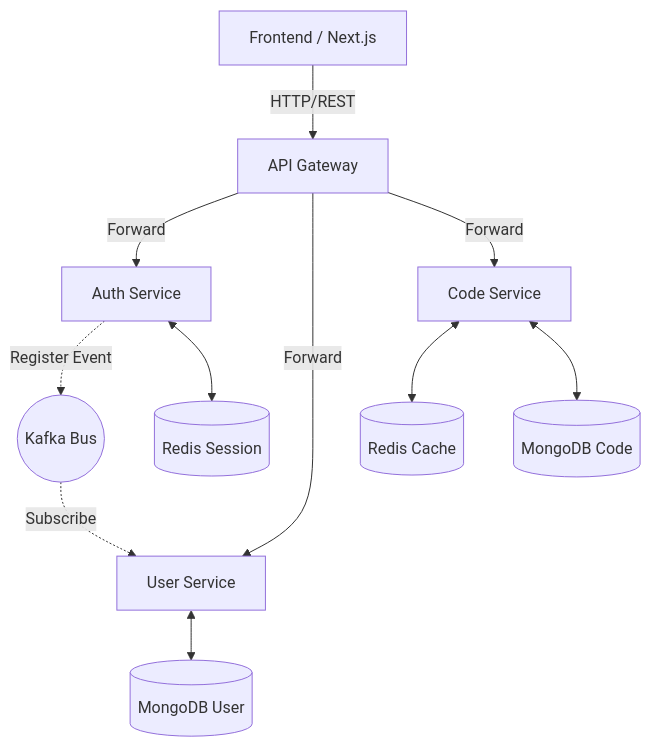
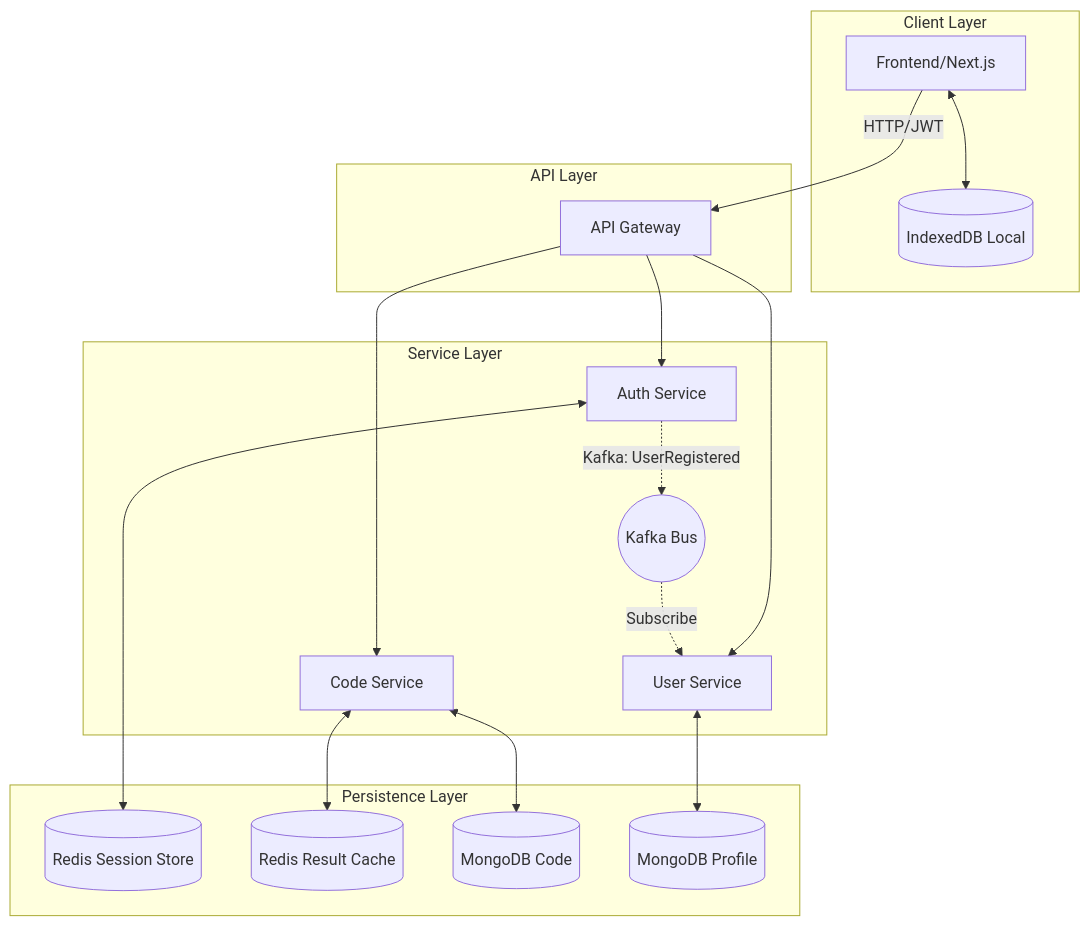
One commit to sayanChaterjee/browser-editor changed the diagram in README.md. Above: the diagram before and after it, drawn with Mermaid. The commit also changed other lines of this file and 15 other files, not shown here.

````diff
--- a/README.md
+++ b/README.md
@@ -17,17 +17,29 @@
 ```mermaid
 graph TD
-    Client[Frontend / Next.js] -->|HTTP/REST| Gateway[API Gateway]
-    
-    Gateway -->|Forward| Auth[Auth Service]
-    Gateway -->|Forward| User[User Service]
-    Gateway -->|Forward| Code[Code Service]
-    
-    Auth -.->|Register Event| Kafka((Kafka Bus))
-    Kafka -.->|Subscribe| User
-    
-    Auth <--> RedisSession[(Redis Session)]
-    Code <--> RedisCache[(Redis Cache)]
-    
-    User <--> UserDB[(MongoDB User)]
-    Code <--> CodeDB[(MongoDB Code)]
+    subgraph Client Layer
+        Browser[Frontend/Next.js]
+        IDB[(IndexedDB Local)]
+        Browser <--> IDB
+    end
+
+    subgraph API Layer
+        Gateway[API Gateway]
+        Browser -->|HTTP/JWT| Gateway
+    end
+
+    subgraph Service Layer
+        Gateway --> Auth[Auth Service]
+        Gateway --> User[User Service]
+        Gateway --> Code[Code Service]
+        
+        Auth -.->|Kafka: UserRegistered| Kafka((Kafka Bus))
+        Kafka -.->|Subscribe| User
+    end
+
+    subgraph Persistence Layer
+        Auth <--> RedisSession[(Redis Session Store)]
+        Code <--> RedisCache[(Redis Result Cache)]
+        Code <--> CodeDB[(MongoDB Code)]
+        User <--> UserDB[(MongoDB Profile)]
+    end
 ```
````
